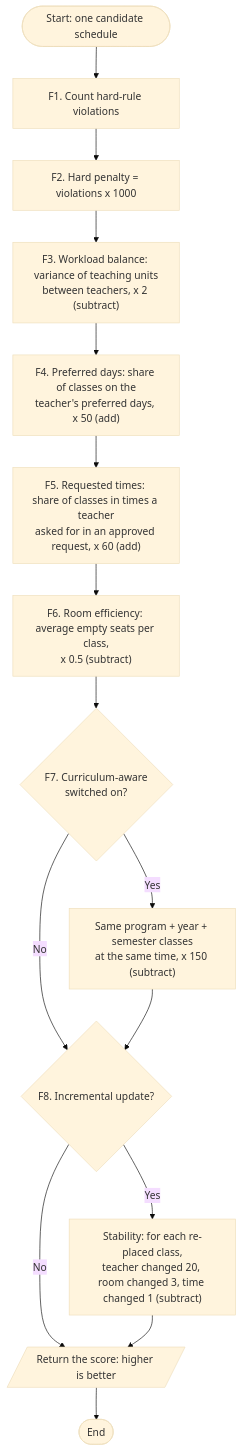
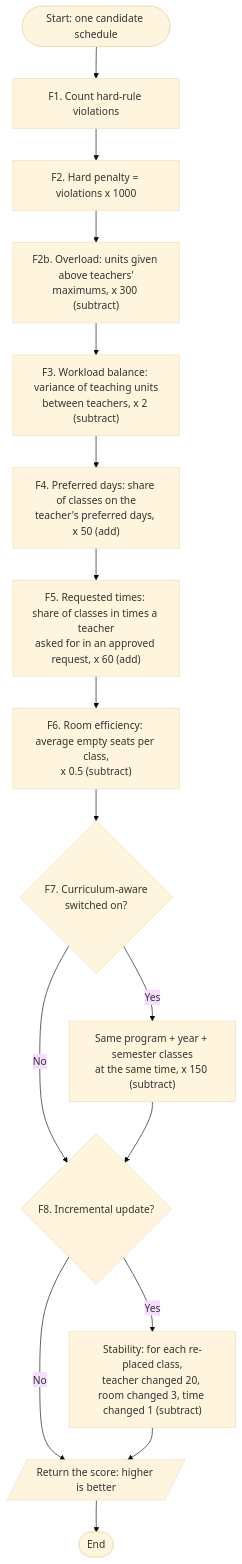
Before and after one commit to chocoboy231/SchedWiseAI: the second of 3 diagrams in docs/FLOWCHART.md, drawn with Mermaid (base theme). The commit also changed other lines of this file and 4 other files, not shown here.

First line of the commit message:
Keep teachers within their maximum units when scheduling

````diff
--- a/docs/FLOWCHART.md
+++ b/docs/FLOWCHART.md
@@ -89,17 +89,18 @@
 ```mermaid
 flowchart TD
     A([Start: one candidate schedule]) --> B[F1. Count hard-rule violations]
     B --> C["F2. Hard penalty = violations x 1000"]
-    C --> D["F3. Workload balance: variance of teaching units<br/>between teachers, x 2 (subtract)"]
+    C --> C2["F2b. Overload: units given above teachers'<br/>maximums, x 300 (subtract)"]
+    C2 --> D["F3. Workload balance: variance of teaching units<br/>between teachers, x 2 (subtract)"]
     D --> E["F4. Preferred days: share of classes on the<br/>teacher's preferred days, x 50 (add)"]
     E --> F["F5. Requested times: share of classes in times a teacher<br/>asked for in an approved request, x 60 (add)"]
     F --> G["F6. Room efficiency: average empty seats per class,<br/>x 0.5 (subtract)"]
     G --> H{F7. Curriculum-aware<br/>switched on?}
     H -- Yes --> I["Same program + year + semester classes<br/>at the same time, x 150 (subtract)"]
     H -- No --> J
     I --> J{F8. Incremental update?}
     J -- Yes --> K["Stability: for each re-placed class,<br/>teacher changed 20, room changed 3, time changed 1 (subtract)"]
     J -- No --> L
     K --> L[/Return the score: higher is better/]
     L --> M([End])
 ```
````
